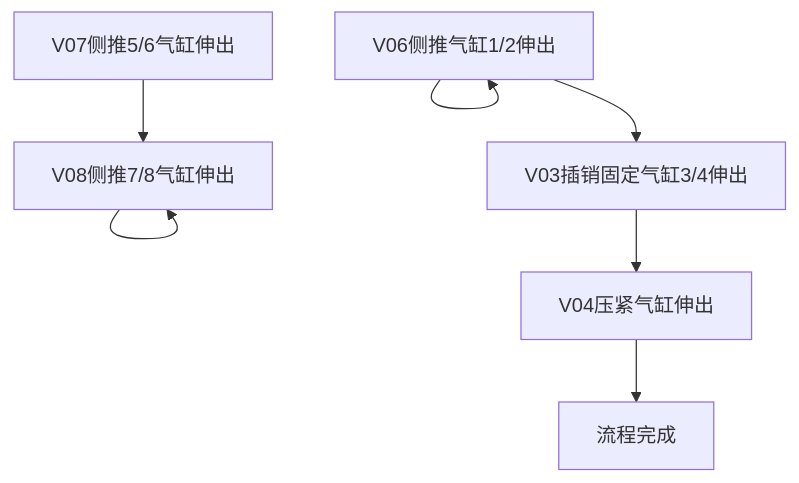
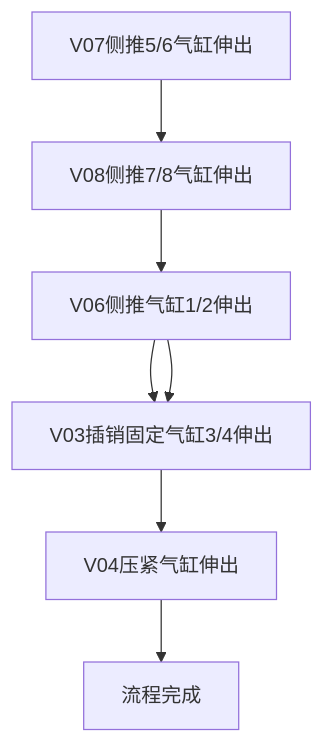
One commit to PengKun1/iodraw-files changed the diagram in all/OP30气缸固定子流程.md. Above: the diagram before and after it, drawn with Mermaid.

Commit message:
2024-08-06 09:59:25 update

````diff
--- a/all/OP30气缸固定子流程.md
+++ b/all/OP30气缸固定子流程.md
@@ -1,11 +1,11 @@
 ```mermaid
 graph TD
 10[V07侧推5/6气缸伸出]-->20
-20[V08侧推7/8气缸伸出]-->20
-30[V09长边固定气缸伸出]-->30
+20[V08侧推7/8气缸伸出]-->30
+30[V09长边固定气缸伸出]-->40
 30[V06侧推气缸1/2伸出]-->40
 40[V03插销固定气缸3/4伸出]-->50
 50[V04压紧气缸伸出]-->60
 60[流程完成]
   
 ```
````
